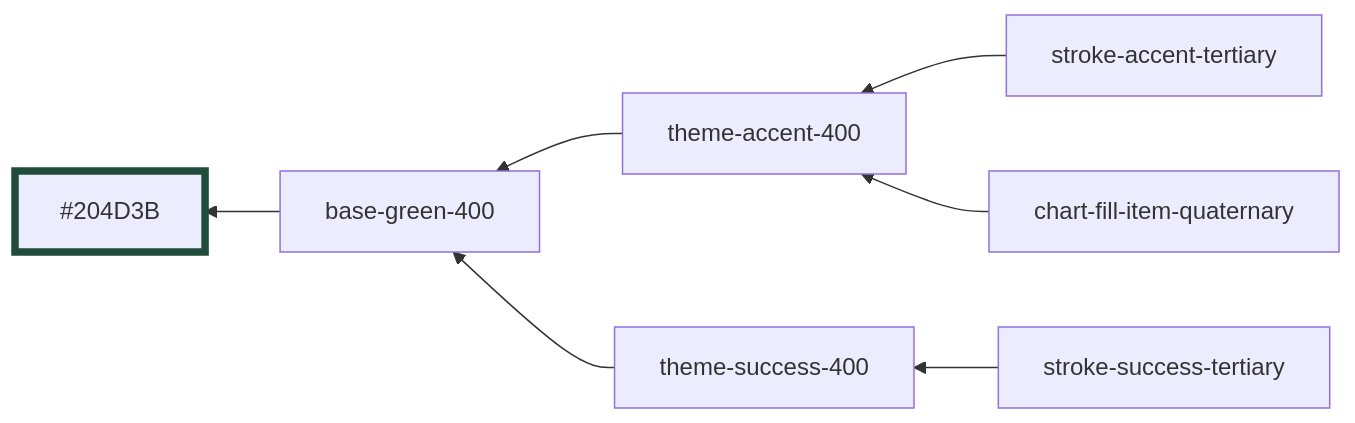
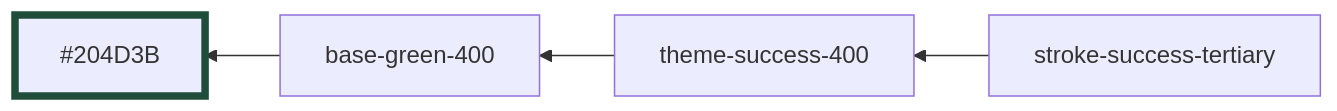
Before and after one commit to oxidecomputer/design-system: the fourth of 51 diagrams in styles/dist/red.md, drawn with Mermaid. The commit also changed other lines of this file and 2 other files, not shown here.

Commit message:
Fix red theme

````diff
--- a/styles/dist/red.md
+++ b/styles/dist/red.md
@@ -45,11 +39,8 @@
 ```mermaid
 graph RL
   base-green-400 --> #204D3B:::base-green-400
-  stroke-accent-tertiary --> theme-accent-400
   stroke-success-tertiary --> theme-success-400
-  chart-fill-item-quaternary --> theme-accent-400
-  theme-accent-400 --> base-green-400
   theme-success-400 --> base-green-400
 
 	classDef base-green-400 stroke-width:5,stroke:#204D3B
 ```
````
